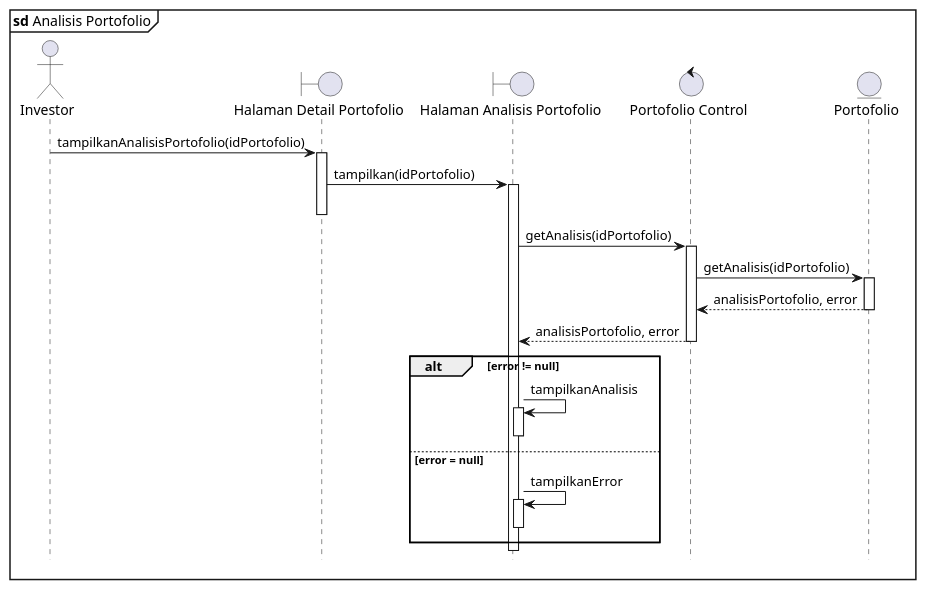
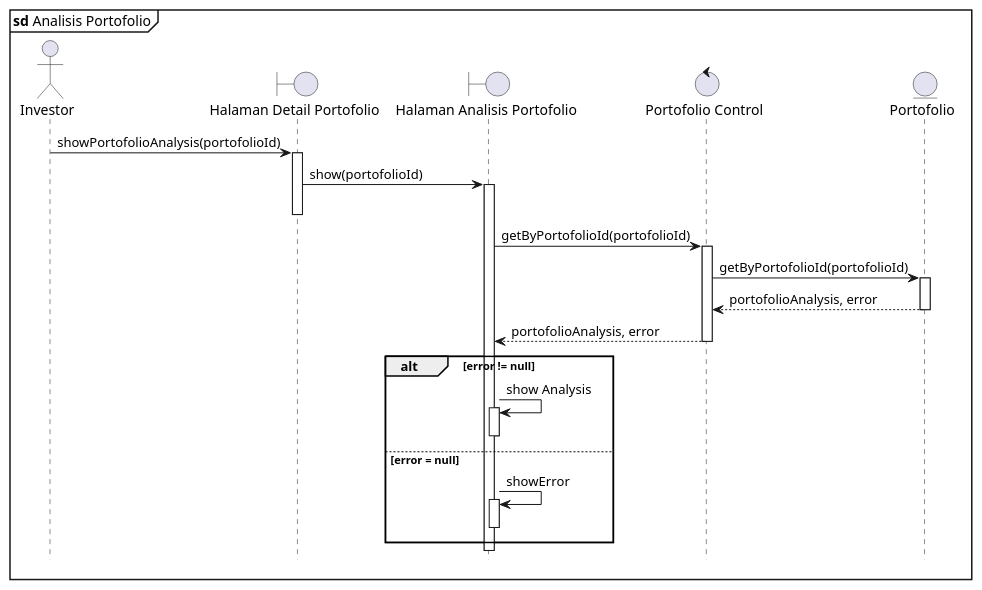
Before and after one commit to clarestarahma/manajemen-investasi: the diagram in sequence/analisis-portofolio.puml, drawn with PlantUML.

Commit message:
analisis portfolio to english

```diff
--- a/sequence/analisis-portofolio.puml
+++ b/sequence/analisis-portofolio.puml
@@ -1,36 +1,36 @@
 @startuml Sequence
 
 hide footbox
 autoactivate on
 
 mainframe **sd** Analisis Portofolio
 
 actor Investor as I
 boundary "Halaman Detail Portofolio" as HDP
 boundary "Halaman Analisis Portofolio" as HAP
 control "Portofolio Control" as PC
 entity "Portofolio" as P
 
-I -> HDP : tampilkanAnalisisPortofolio(idPortofolio)
+I -> HDP : showPortofolioAnalysis(portofolioId)
 
-HDP -> HAP : tampilkan(idPortofolio)
+HDP -> HAP : show(portofolioId)
 
 deactivate HDP
 
-HAP -> PC : getAnalisis(idPortofolio)
+HAP -> PC : getByPortofolioId(portofolioId)
 
-PC -> P : getAnalisis(idPortofolio)
+PC -> P : getByPortofolioId(portofolioId)
 
-P --> PC : analisisPortofolio, error
+P --> PC : portofolioAnalysis, error
 
-PC --> HAP : analisisPortofolio, error
+PC --> HAP : portofolioAnalysis, error
 
 alt error != null
-  HAP -> HAP : tampilkanAnalisis
+  HAP -> HAP : show Analysis
   deactivate HAP
 else error = null
-  HAP -> HAP : tampilkanError
+  HAP -> HAP : showError
   deactivate HAP
 end
 
 @enduml
```
